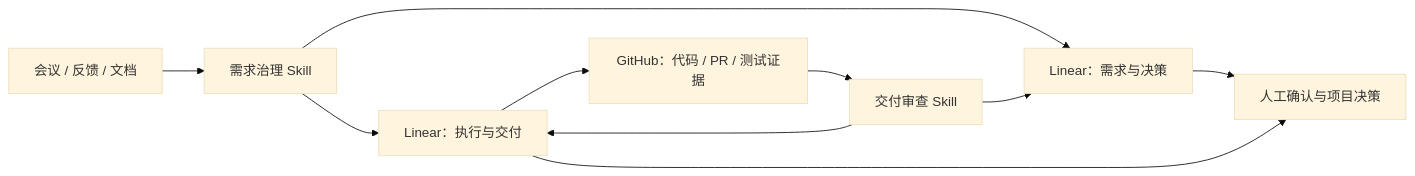
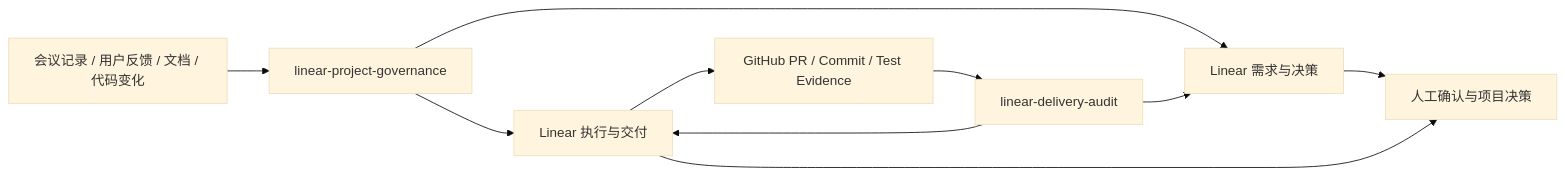
The diagram in README.md (TAI-YE-1/linear-gpt-pm), drawn with Mermaid (base theme) before and after one commit. The commit also changed other lines of this file, not shown here.

Commit message:
docs: refine public README positioning for Linear GPT PM

````diff
--- a/README.md
+++ b/README.md
@@ -24,12 +36,13 @@
 ```mermaid
 flowchart LR
-    A[会议 / 反馈 / 文档] --> B[需求治理 Skill]
-    B --> C[Linear：需求与决策]
-    B --> D[Linear：执行与交付]
-    D --> E[GitHub：代码 / PR / 测试证据]
-    E --> F[交付审查 Skill]
+    A[会议记录 / 用户反馈 / 文档 / 代码变化]
+    A --> B[linear-project-governance]
+    B --> C[Linear 需求与决策]
+    B --> D[Linear 执行与交付]
+    D --> E[GitHub PR / Commit / Test Evidence]
+    E --> F[linear-delivery-audit]
     F --> C
     F --> D
     C --> G[人工确认与项目决策]
     D --> G
 ```
````
